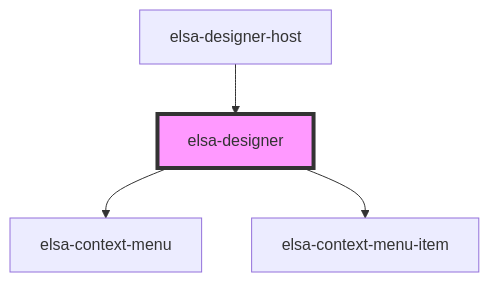
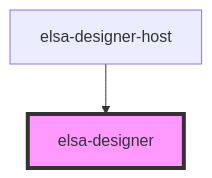
One commit to elsa-workflows/elsa-designer changed the diagram in v2/src/components/designer/readme.md. Above: the diagram before and after it, drawn with Mermaid. The commit also changed other lines of this file and 15 other files, not shown here.

````diff
--- a/v2/src/components/designer/readme.md
+++ b/v2/src/components/designer/readme.md
@@ -102,7 +107,5 @@
 ```mermaid
 graph TD;
-  elsa-designer --> elsa-context-menu
-  elsa-designer --> elsa-context-menu-item
   elsa-designer-host --> elsa-designer
   style elsa-designer fill:#f9f,stroke:#333,stroke-width:4px
 ```
````
